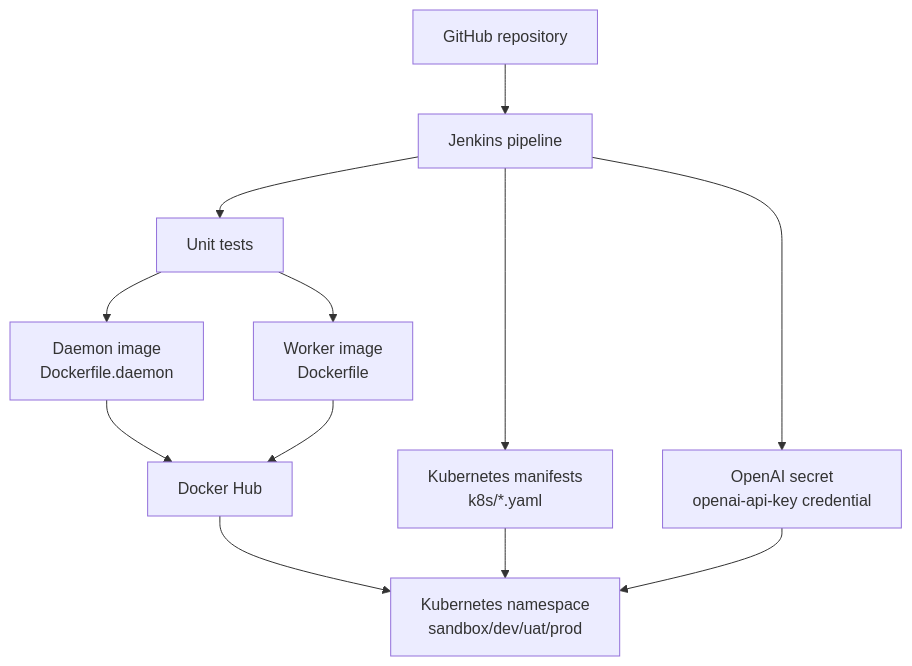
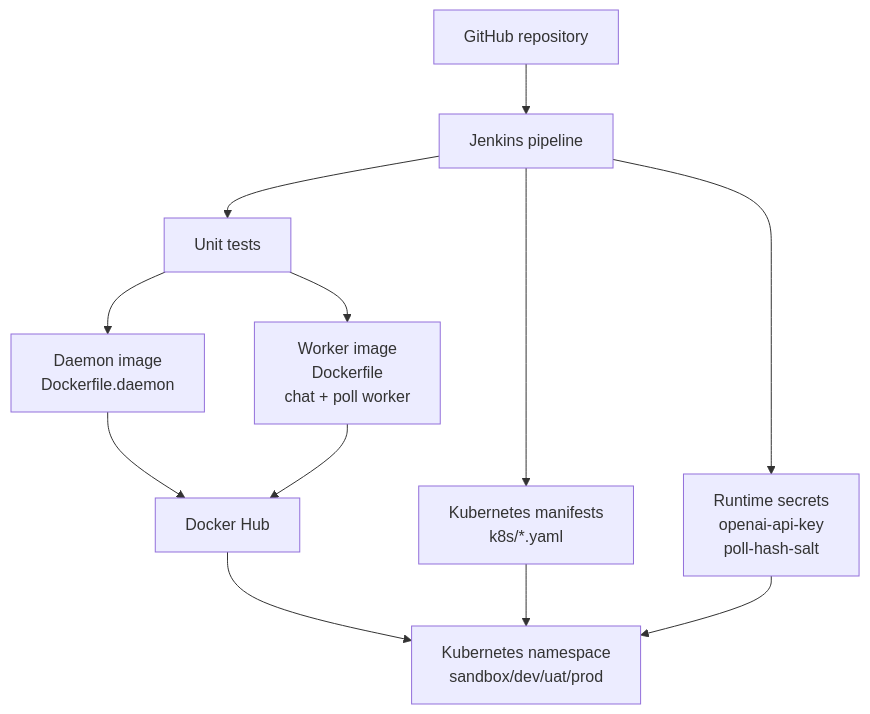
One commit to Crustacean/smschatgpt changed the second of 2 diagrams in docs/architecture.md. Above: the diagram before and after it, drawn with Mermaid. The commit also changed other lines of this file, not shown here.

Commit message:
Update docs for SMS polling architecture

````diff
--- a/docs/architecture.md
+++ b/docs/architecture.md
@@ -51,24 +70,24 @@
 ```mermaid
 flowchart TD
     repo[GitHub repository]
     jenkins[Jenkins pipeline]
     tests[Unit tests]
     daemonImage[Daemon image<br/>Dockerfile.daemon]
-    workerImage[Worker image<br/>Dockerfile]
+    workerImage[Worker image<br/>Dockerfile<br/>chat + poll worker]
     registry[Docker Hub]
     manifests[Kubernetes manifests<br/>k8s/*.yaml]
     cluster[Kubernetes namespace<br/>sandbox/dev/uat/prod]
-    secret[OpenAI secret<br/>openai-api-key credential]
+    secret[Runtime secrets<br/>openai-api-key<br/>poll-hash-salt]
 
     repo --> jenkins
     jenkins --> tests
     tests --> daemonImage
     tests --> workerImage
     daemonImage --> registry
     workerImage --> registry
     jenkins --> manifests
     jenkins --> secret
     registry --> cluster
     manifests --> cluster
     secret --> cluster
 ```
````
